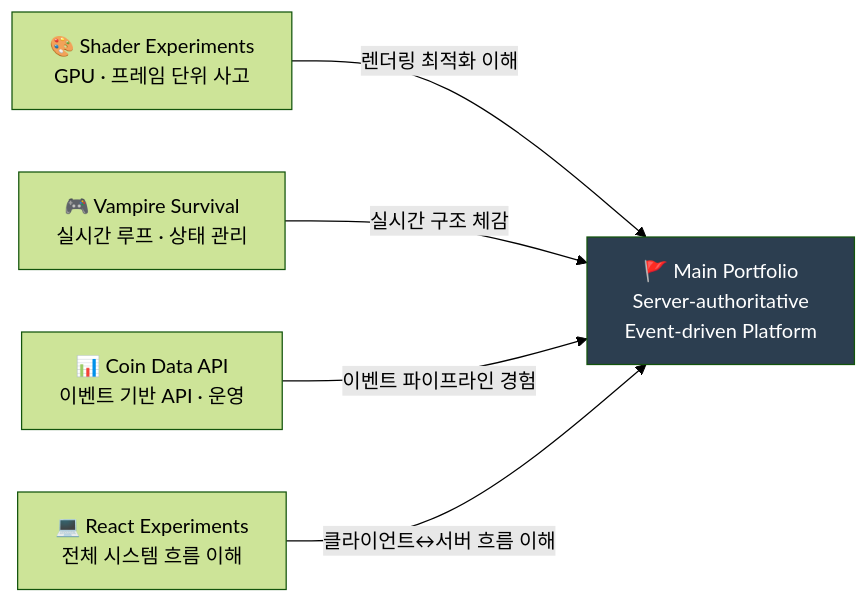
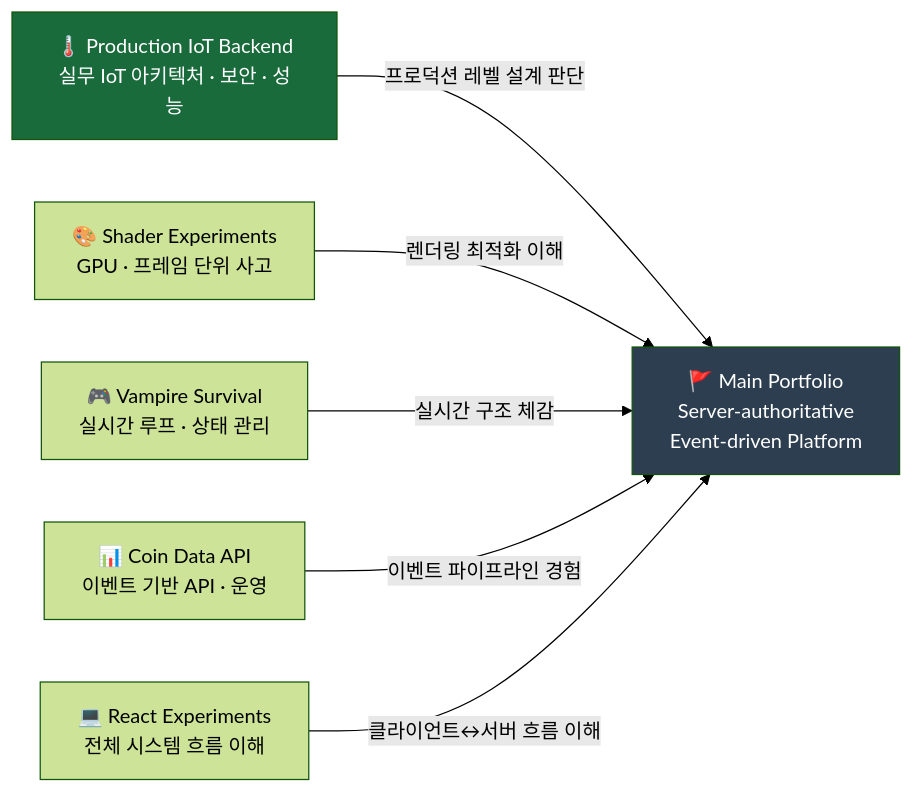
One commit to 1985jwlee/overview changed the fourth of 6 diagrams in README.md. Above: the diagram before and after it, drawn with Mermaid (forest theme). The commit also changed other lines of this file, not shown here.

````diff
--- a/README.md
+++ b/README.md
@@ -111,16 +111,19 @@
 ```mermaid
 graph LR
     MAIN["🚩 Main Portfolio<br/>Server-authoritative<br/>Event-driven Platform"]
 
+    IOT["🌡️ Production IoT Backend<br/>실무 IoT 아키텍처 · 보안 · 성능"]
     SHADER["🎨 Shader Experiments<br/>GPU · 프레임 단위 사고"]
     VAMPIRE["🎮 Vampire Survival<br/>실시간 루프 · 상태 관리"]
     COIN["📊 Coin Data API<br/>이벤트 기반 API · 운영"]
     REACT["💻 React Experiments<br/>전체 시스템 흐름 이해"]
 
+    IOT -->|프로덕션 레벨 설계 판단| MAIN
     SHADER -->|렌더링 최적화 이해| MAIN
     VAMPIRE -->|실시간 구조 체감| MAIN
     COIN -->|이벤트 파이프라인 경험| MAIN
     REACT -->|클라이언트↔서버 흐름 이해| MAIN
 
     style MAIN fill:#2c3e50,color:#fff
+    style IOT fill:#1a6b3c,color:#fff
 ```
````
